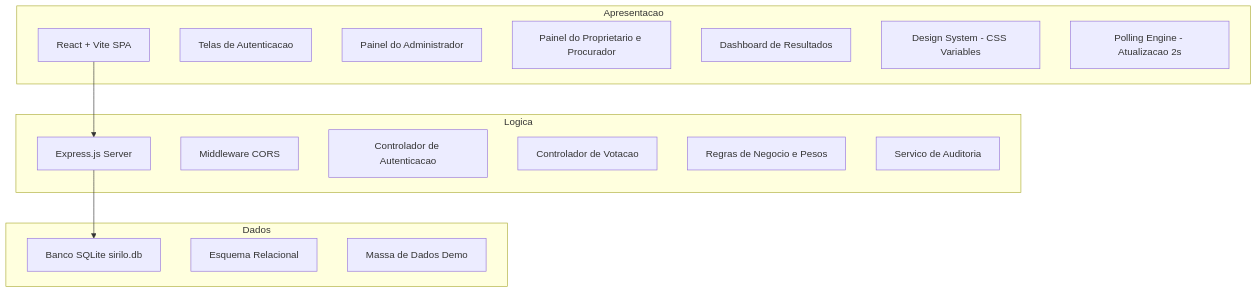
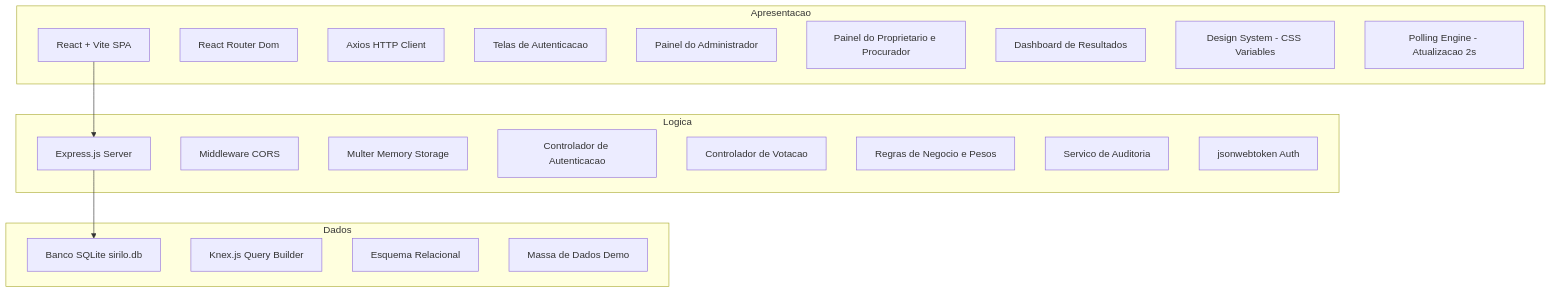
Before and after one commit to Joao-V-S-Cabral/SIRILO: the diagram in docs/arquitetura.md, drawn with Mermaid. The commit also changed other lines of this file and 19 other files, not shown here.

````diff
--- a/docs/arquitetura.md
+++ b/docs/arquitetura.md
@@ -11,30 +11,35 @@
 ```mermaid
 graph TD
     subgraph Apresentacao
         React[React + Vite SPA]
+        ReactRouter[React Router Dom]
+        Axios[Axios HTTP Client]
         LoginUI[Telas de Autenticacao]
         AdminUI[Painel do Administrador]
         VoterUI[Painel do Proprietario e Procurador]
         ResultUI[Dashboard de Resultados]
         CSS[Design System - CSS Variables]
         Poll[Polling Engine - Atualizacao 2s]
     end
 
     subgraph Logica
         Express[Express.js Server]
         CORSMiddle[Middleware CORS]
+        Multer[Multer Memory Storage]
         AuthCtrl[Controlador de Autenticacao]
         VoteCtrl[Controlador de Votacao]
         LogicRules[Regras de Negocio e Pesos]
         AuditSvc[Servico de Auditoria]
+        JWT[jsonwebtoken Auth]
     end
 
     subgraph Dados
         SQLiteDB[Banco SQLite sirilo.db]
+        Knex[Knex.js Query Builder]
         Schema[Esquema Relacional]
         SeedData[Massa de Dados Demo]
     end
 
     React --> Express
     Express --> SQLiteDB
 ```
````
